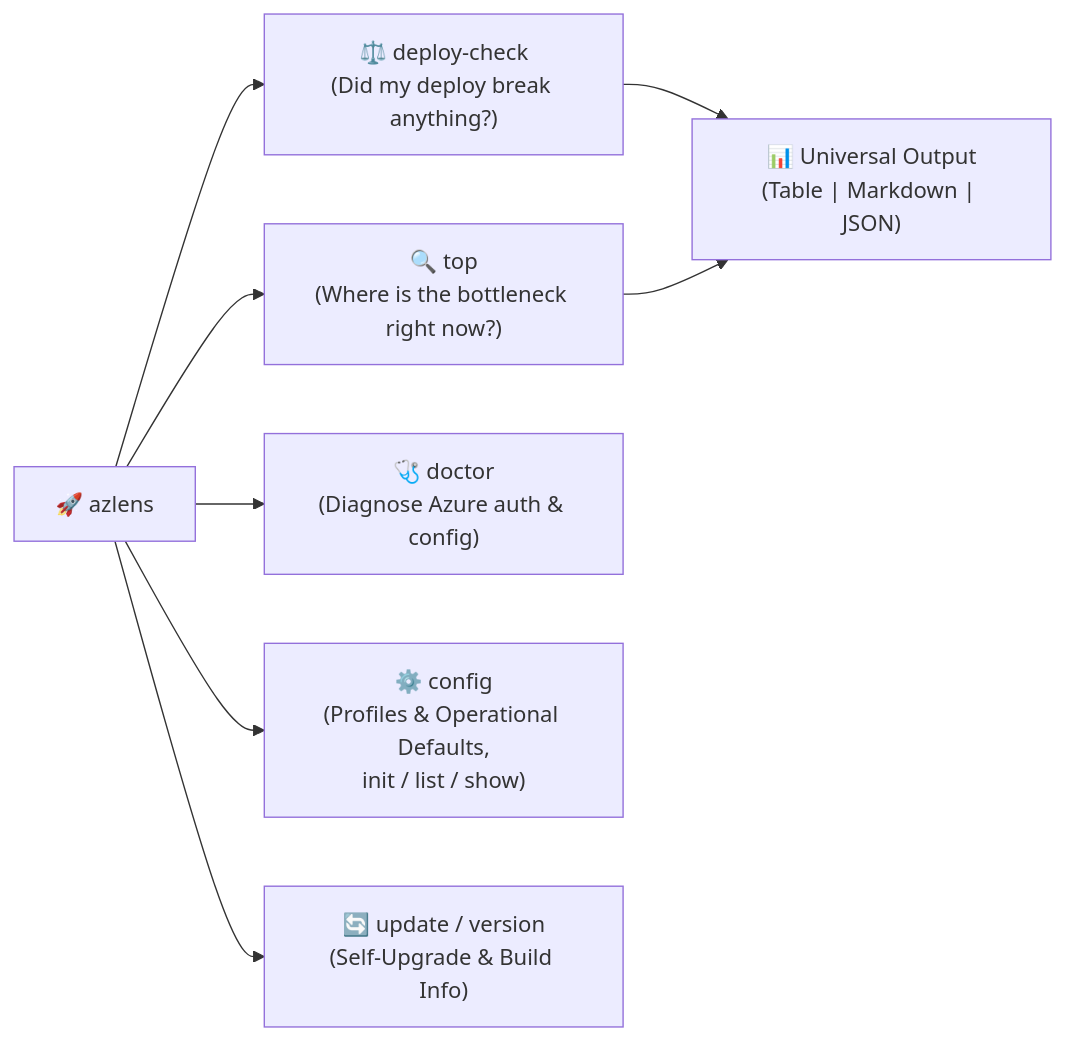
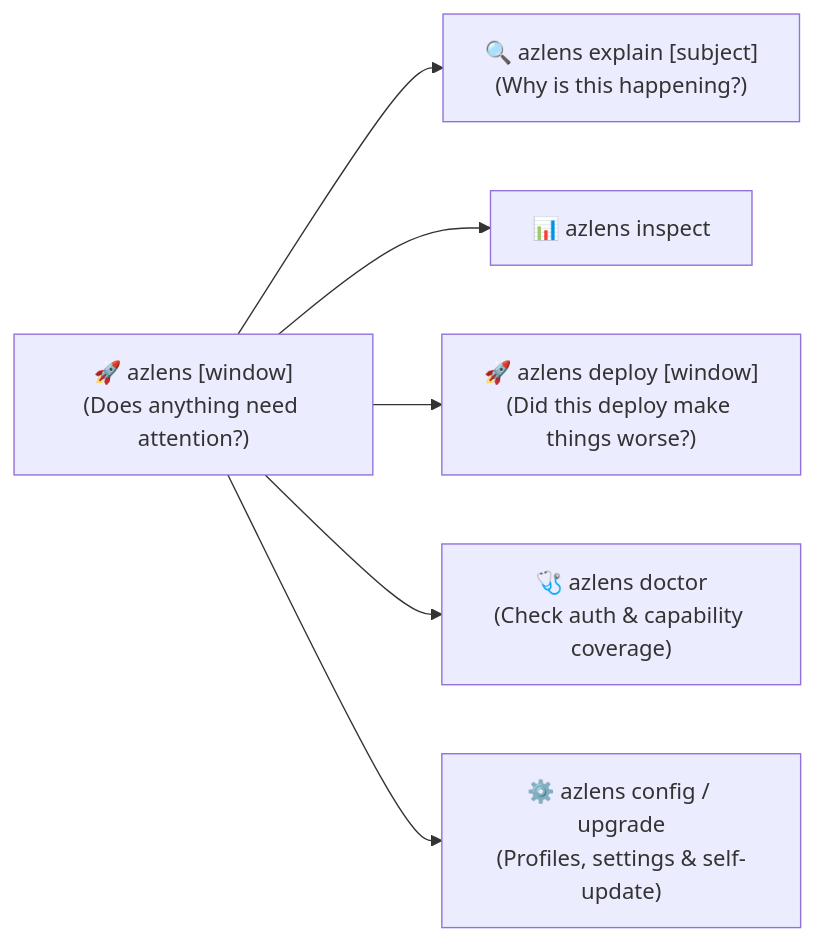
One commit to denjamio/azlens changed the diagram in README.md. Above: the diagram before and after it, drawn with Mermaid. The commit also changed other lines of this file and 33 other files, not shown here.

````diff
--- a/README.md
+++ b/README.md
@@ -26,11 +35,8 @@
 ```mermaid
 flowchart LR
-    A["🚀 azlens"] --> B["⚖️ deploy-check\n(Did my deploy break anything?)"]
-    A --> C["🔍 top\n(Where is the bottleneck right now?)"]
-    A --> D["🩺 doctor\n(Diagnose Azure auth & config)"]
-    A --> E["⚙️ config\n(Profiles & Operational Defaults,\ninit / list / show)"]
-    A --> F["🔄 update / version\n(Self-Upgrade & Build Info)"]
-    
-    B --> G["📊 Universal Output\n(Table | Markdown | JSON)"]
-    C --> G
+    A["🚀 azlens [window]\n(Does anything need attention?)"] --> B["🔍 azlens explain [subject]\n(Why is this happening?)"]
+    A --> C["📊 azlens inspect <view>\n(Show me the evidence)"]
+    A --> D["🚀 azlens deploy [window]\n(Did this deploy make things worse?)"]
+    A --> E["🩺 azlens doctor\n(Check auth & capability coverage)"]
+    A --> F["⚙️ azlens config / upgrade\n(Profiles, settings & self-update)"]
 ```
````
